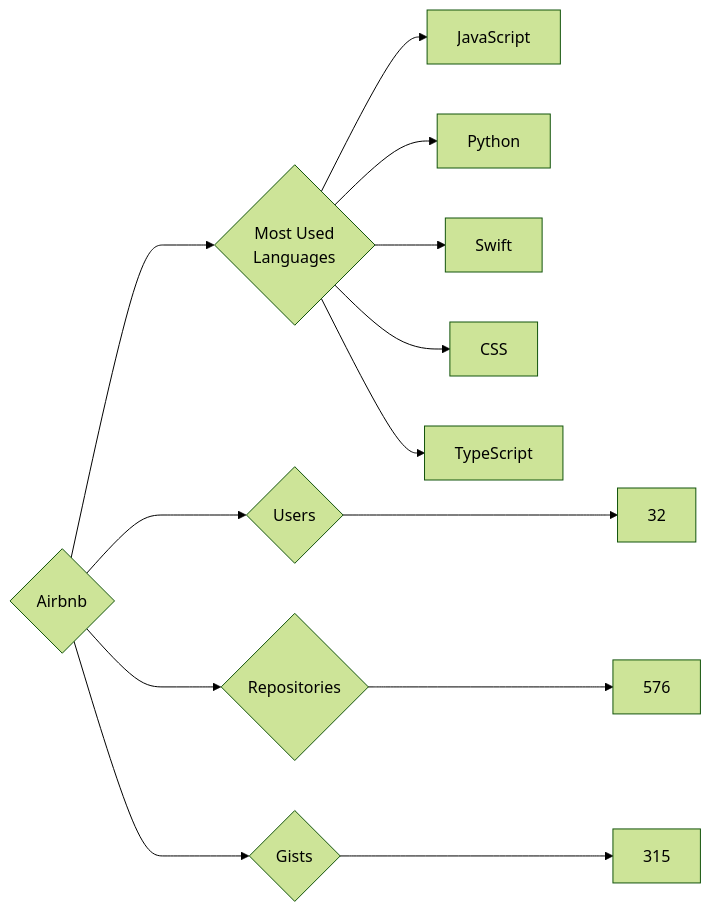
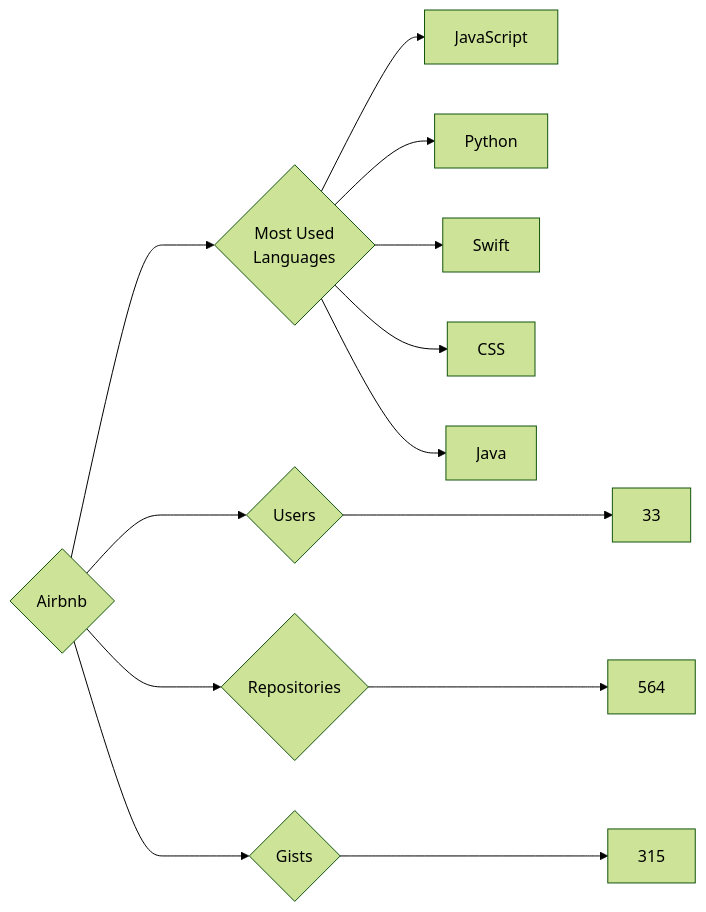
The diagram in targets/Airbnb/README.md (trickest/insiders), drawn with Mermaid (forest theme) before and after one commit. The commit also changed 891 other files, not shown here.

````diff
--- a/targets/Airbnb/README.md
+++ b/targets/Airbnb/README.md
@@ -3,13 +3,13 @@
 ```mermaid
 graph LR
 COMPANY_NAME{Airbnb}
-COMPANY_NAME ---> U{Users} ---> UN[32]
-COMPANY_NAME ---> R{Repositories} ---> RN[576]
+COMPANY_NAME ---> U{Users} ---> UN[33]
+COMPANY_NAME ---> R{Repositories} ---> RN[564]
 COMPANY_NAME ---> G{Gists} ---> GN[315]
 COMPANY_NAME ---> ML{Most Used<br>Languages}
 ML --> JavaScript[JavaScript]
 ML --> Python[Python]
 ML --> Swift[Swift]
 ML --> CSS[CSS]
-ML --> TypeScript[TypeScript]
+ML --> Java[Java]
 ```
````
